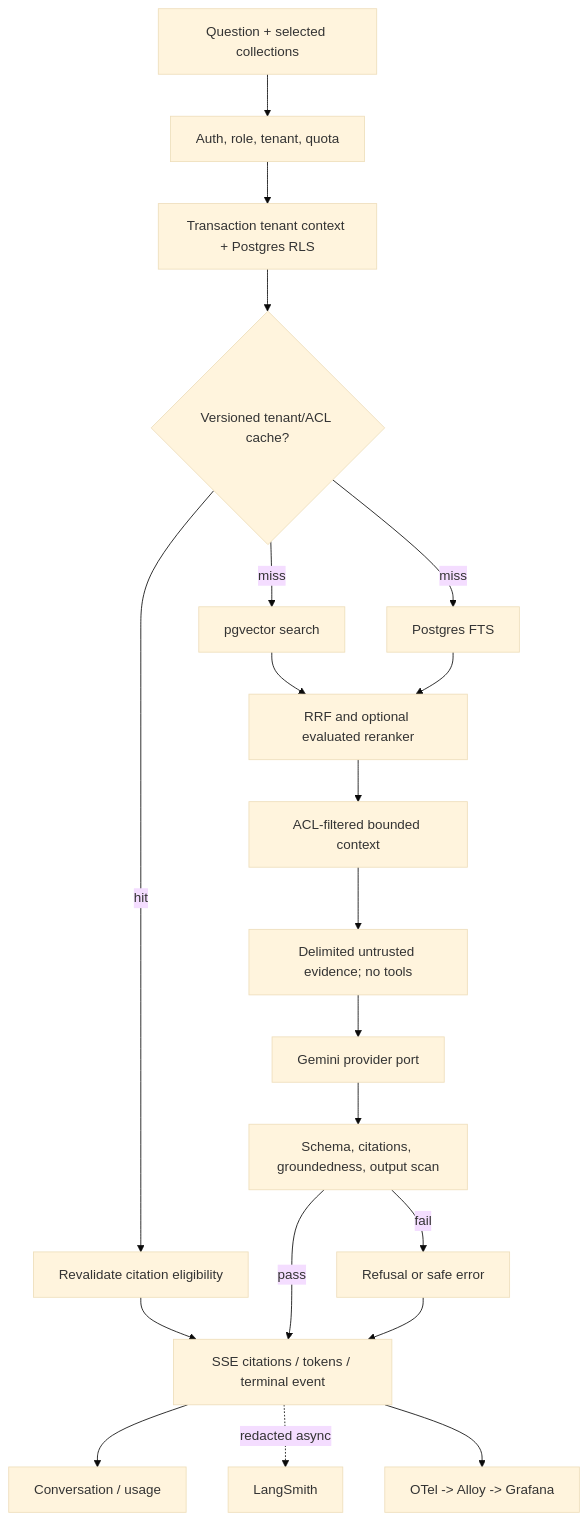
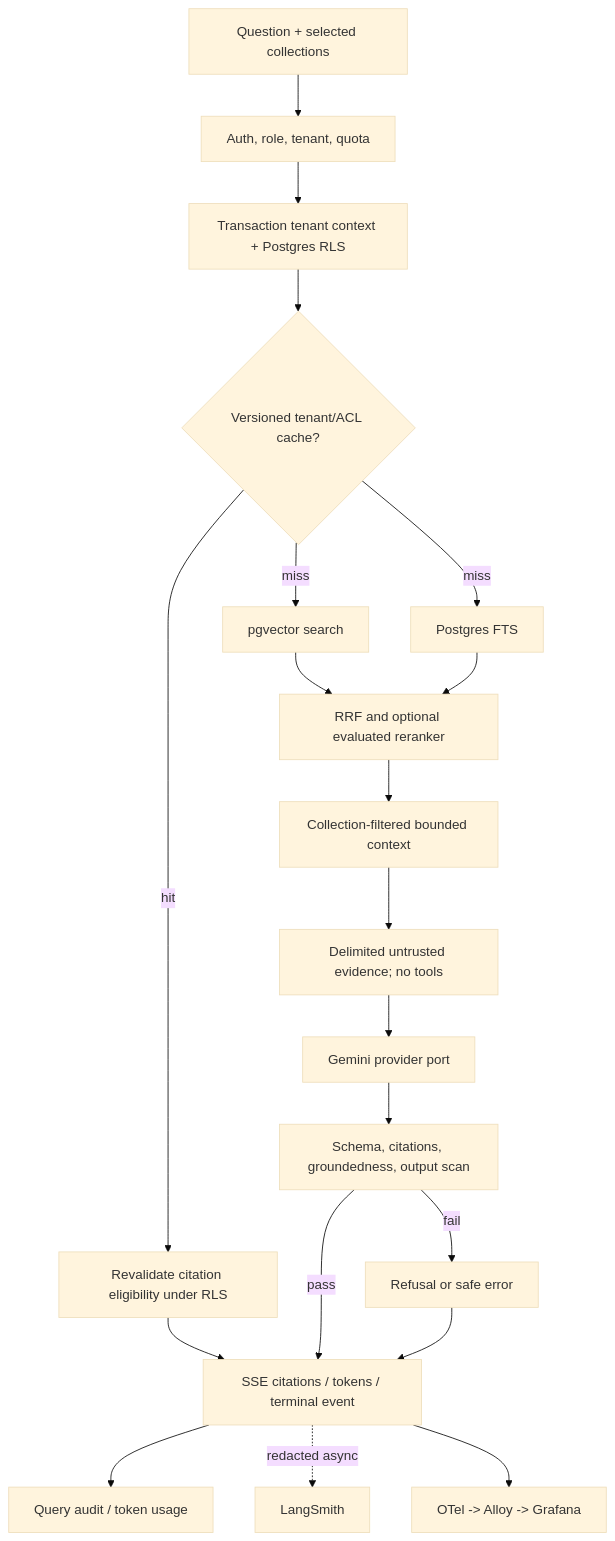
One commit to emmanuelmassawe/Enterprises-Rag-Platform changed the second of 6 diagrams in docs/ARCHITECTURE.md. Above: the diagram before and after it, drawn with Mermaid (base theme). The commit also changed other lines of this file and 16 other files, not shown here.

First line of the commit message:
feat(rag): expand query pipeline with hybrid retrieval and cache management

````diff
--- a/docs/ARCHITECTURE.md
+++ b/docs/ARCHITECTURE.md
@@ -48,22 +49,22 @@
 ```mermaid
 flowchart TD
   Req[Question + selected collections] --> Auth[Auth, role, tenant, quota]
   Auth --> RLS[Transaction tenant context + Postgres RLS]
   RLS --> Cache{Versioned tenant/ACL cache?}
-  Cache -->|hit| Verify[Revalidate citation eligibility]
+  Cache -->|hit| Verify[Revalidate citation eligibility under RLS]
   Cache -->|miss| Dense[pgvector search]
   Cache -->|miss| FTS[Postgres FTS]
   Dense --> RRF[RRF and optional evaluated reranker]
   FTS --> RRF
-  RRF --> Pack[ACL-filtered bounded context]
+  RRF --> Pack[Collection-filtered bounded context]
   Pack --> Prompt[Delimited untrusted evidence; no tools]
   Prompt --> LLM[Gemini provider port]
   LLM --> Guard[Schema, citations, groundedness, output scan]
   Verify --> Stream[SSE citations / tokens / terminal event]
   Guard -->|pass| Stream
   Guard -->|fail| Refuse[Refusal or safe error]
   Refuse --> Stream
-  Stream --> Persist[Conversation / usage]
+  Stream --> Persist[Query audit / token usage]
   Stream -. redacted async .-> Trace[LangSmith]
   Stream --> Metrics[OTel -> Alloy -> Grafana]
 ```
````
